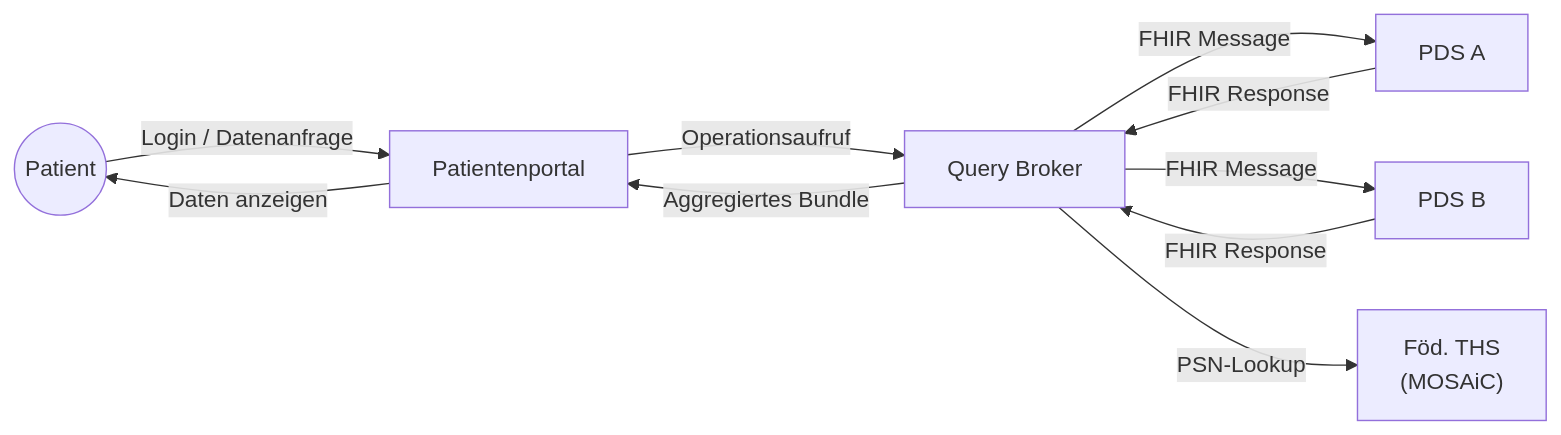
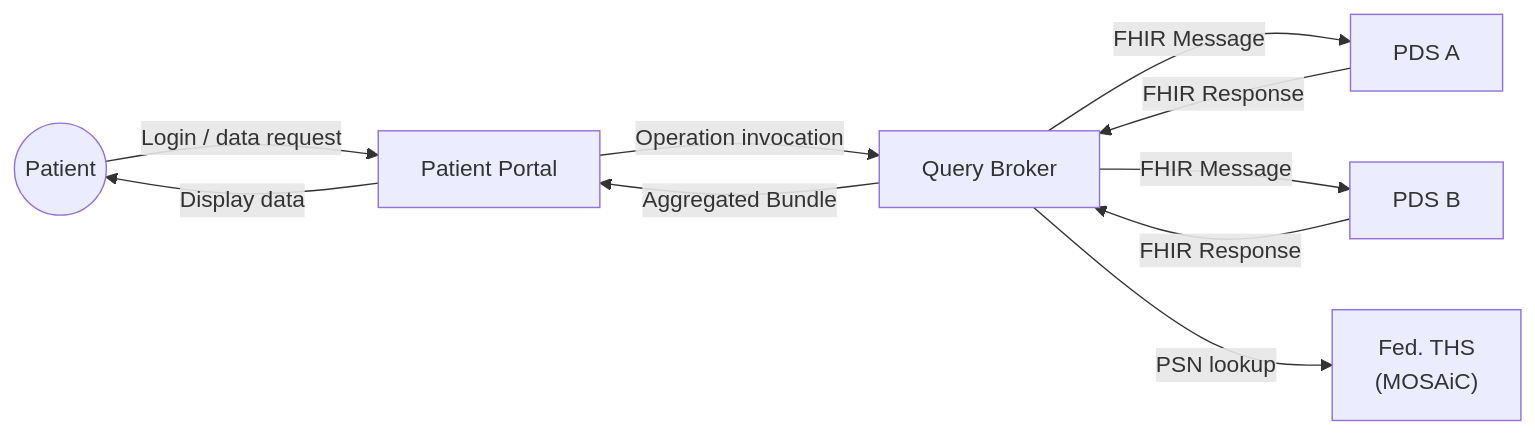
The first of 9 diagrams in docs/ARCHITECTURE.md (forschungsgruppe-digital-health/pds-query-broker), drawn with Mermaid before and after one commit. The commit also changed other lines of this file and 40 other files, not shown here.

````diff
--- a/docs/ARCHITECTURE.md
+++ b/docs/ARCHITECTURE.md
@@ -67,19 +67,19 @@
 ```mermaid
 graph LR
     PAT(("Patient"))
-    PORTAL["Patientenportal"]
+    PORTAL["Patient Portal"]
     BROKER["Query Broker"]
     PDS_A["PDS A"]
     PDS_B["PDS B"]
-    THS["Föd. THS<br/>(MOSAiC)"]
+    THS["Fed. THS<br/>(MOSAiC)"]
 
-    PAT -->|"Login / Datenanfrage"| PORTAL
-    PORTAL -->|"Operationsaufruf"| BROKER
+    PAT -->|"Login / data request"| PORTAL
+    PORTAL -->|"Operation invocation"| BROKER
     BROKER -->|"FHIR Message"| PDS_A
     BROKER -->|"FHIR Message"| PDS_B
-    BROKER -->|"PSN-Lookup"| THS
+    BROKER -->|"PSN lookup"| THS
     PDS_A -->|"FHIR Response"| BROKER
     PDS_B -->|"FHIR Response"| BROKER
-    BROKER -->|"Aggregiertes Bundle"| PORTAL
-    PORTAL -->|"Daten anzeigen"| PAT
+    BROKER -->|"Aggregated Bundle"| PORTAL
+    PORTAL -->|"Display data"| PAT
 ```
````
